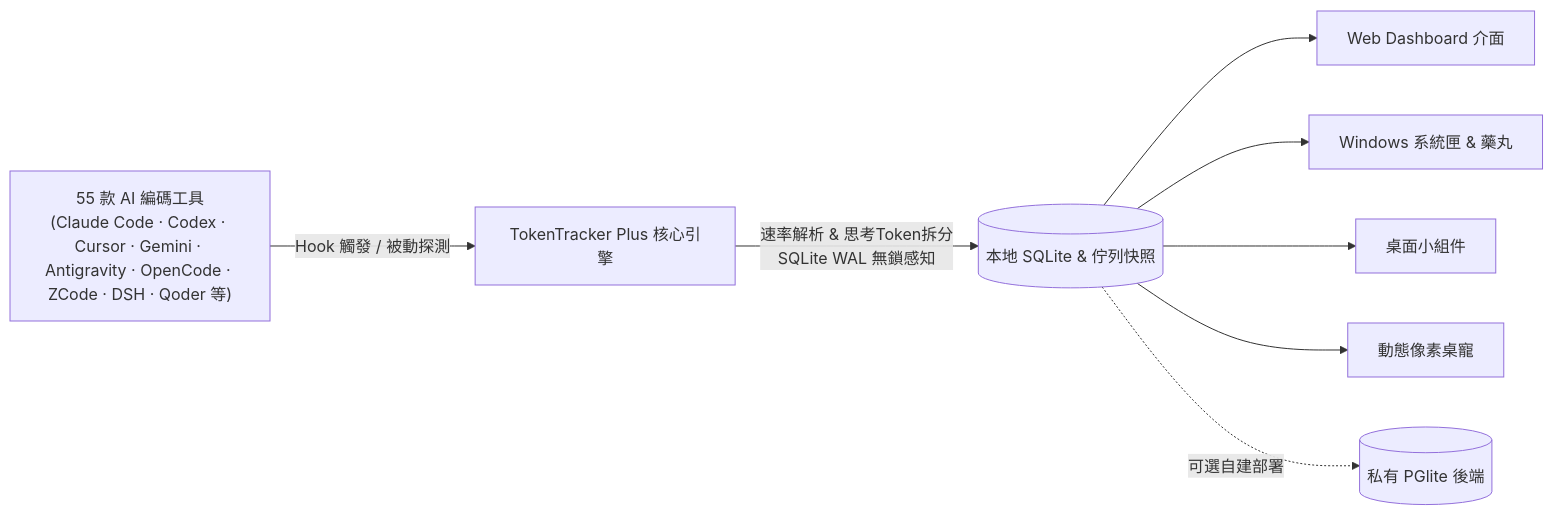
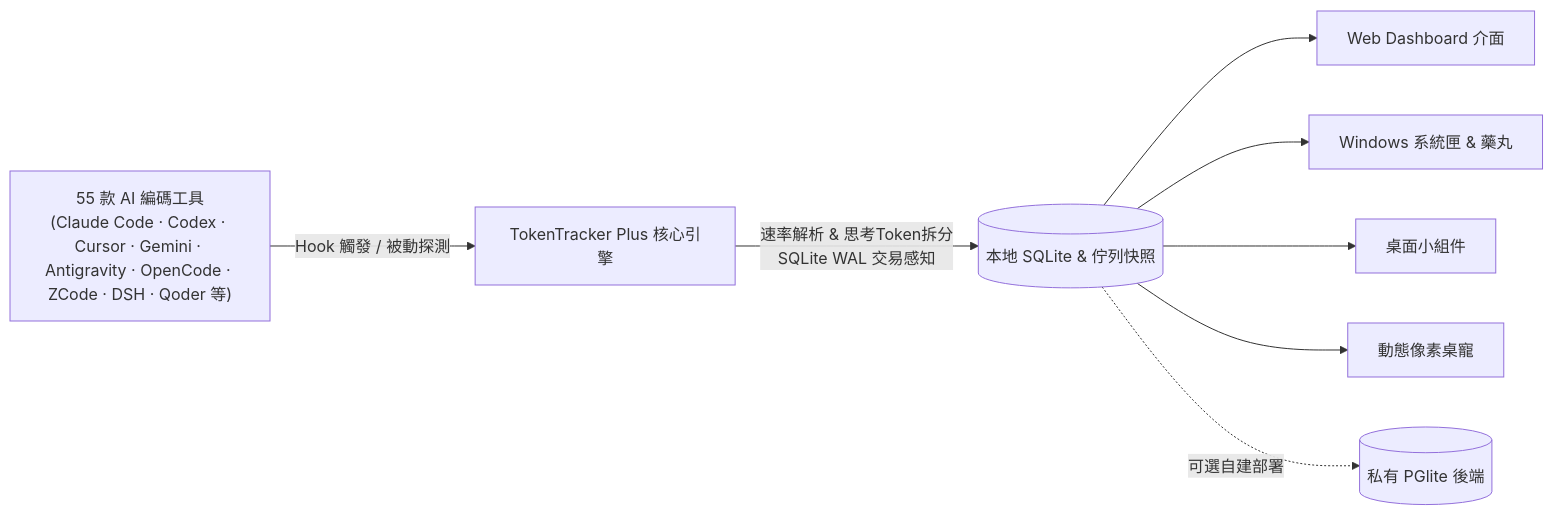
The diagram in README.zh-TW.md (01UNCLEDOG01/TokenTracker-Plus), drawn with Mermaid before and after one commit. The commit also changed other lines of this file and 21 other files, not shown here.

````diff
--- a/README.zh-TW.md
+++ b/README.zh-TW.md
@@ -242,10 +242,10 @@
 ```mermaid
 flowchart LR
     A["55 款 AI 編碼工具<br/>(Claude Code · Codex · Cursor · Gemini · Antigravity · OpenCode · ZCode · DSH · Qoder 等)"] -->|Hook 觸發 / 被動探測| B[TokenTracker Plus 核心引擎]
-    B -->|速率解析 & 思考Token拆分<br/>SQLite WAL 無鎖感知| C[(本地 SQLite & 佇列快照)]
+    B -->|速率解析 & 思考Token拆分<br/>SQLite WAL 交易感知| C[(本地 SQLite & 佇列快照)]
     C --> D[Web Dashboard 介面]
     C --> E[Windows 系統匣 & 藥丸]
     C --> F[桌面小組件]
     C --> G[動態像素桌寵]
     C -.->|可選自建部署| H[(私有 PGlite 後端)]
 ```
````
